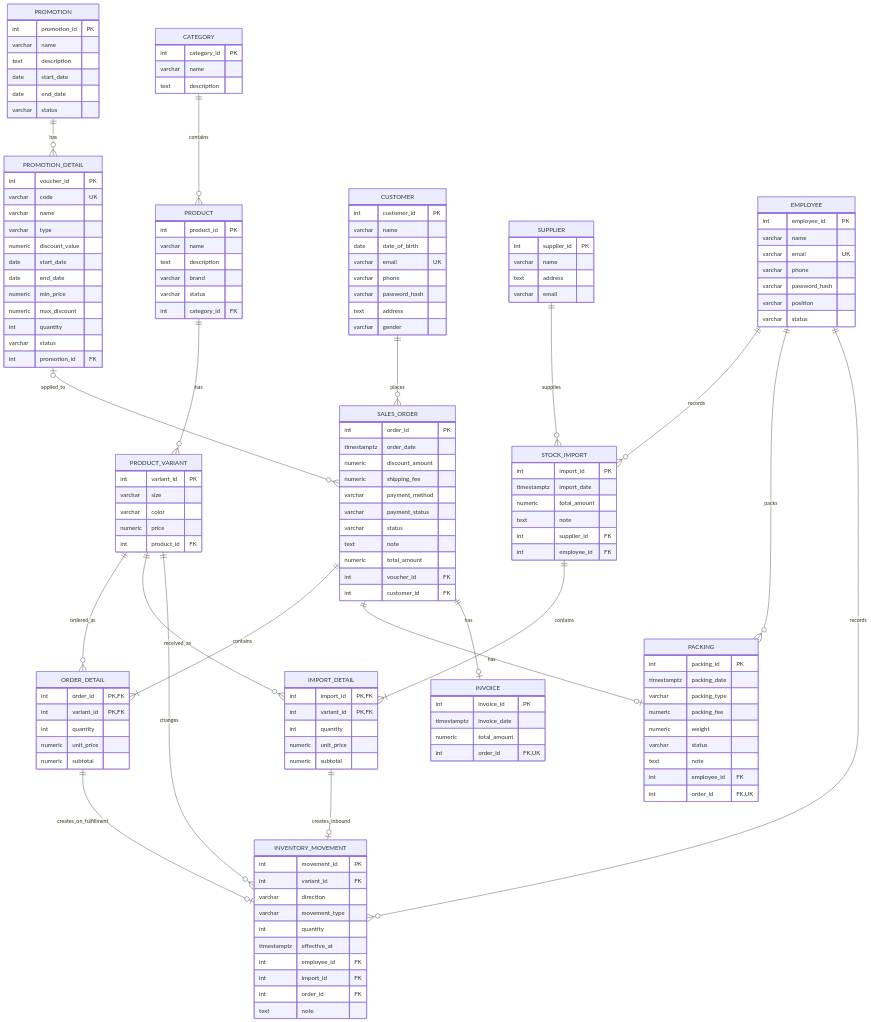
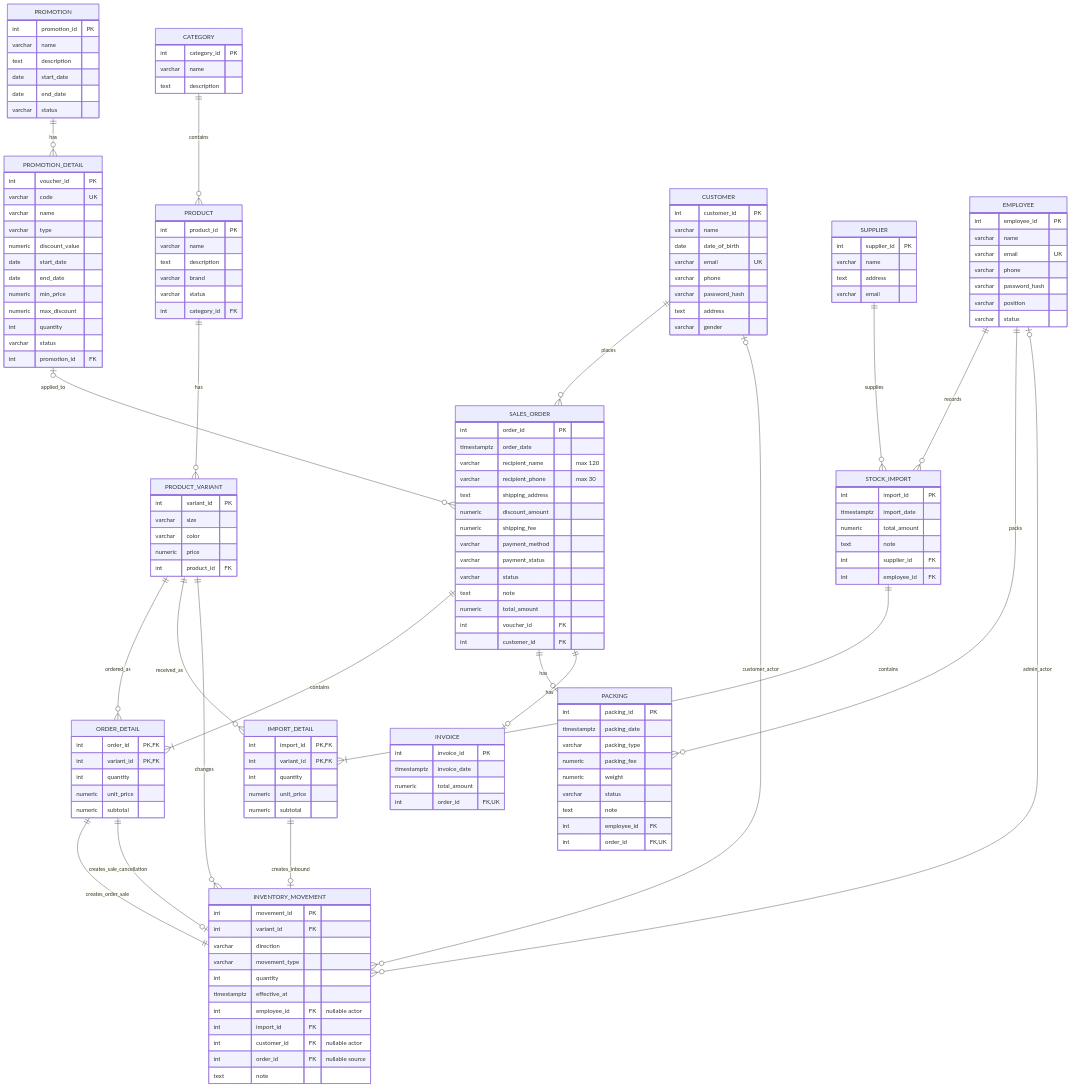
One commit to duygri/do-an-cnpm changed the diagram in docs/erd/sales-system-erd.md. Above: the diagram before and after it, drawn with Mermaid. The commit also changed other lines of this file and 2 other files, not shown here.

Commit message:
docs: synchronize customer order inventory docs

````diff
--- a/docs/erd/sales-system-erd.md
+++ b/docs/erd/sales-system-erd.md
@@ -59,6 +59,9 @@
     SALES_ORDER {
         int order_id PK
         timestamptz order_date
+        varchar recipient_name "max 120"
+        varchar recipient_phone "max 30"
+        text shipping_address
         numeric discount_amount
         numeric shipping_fee
         varchar payment_method
@@ -130,9 +133,10 @@
         varchar movement_type
         int quantity
         timestamptz effective_at
-        int employee_id FK
+        int employee_id FK "nullable actor"
         int import_id FK
-        int order_id FK
+        int customer_id FK "nullable actor"
+        int order_id FK "nullable source"
         text note
     }
 
@@ -151,7 +155,9 @@
     EMPLOYEE ||--o{ PACKING : packs
     SALES_ORDER ||--o| INVOICE : has
     PRODUCT_VARIANT ||--o{ INVENTORY_MOVEMENT : changes
-    EMPLOYEE ||--o{ INVENTORY_MOVEMENT : records
+    EMPLOYEE o|--o{ INVENTORY_MOVEMENT : admin_actor
+    CUSTOMER o|--o{ INVENTORY_MOVEMENT : customer_actor
     IMPORT_DETAIL ||--o| INVENTORY_MOVEMENT : creates_inbound
-    ORDER_DETAIL ||--o| INVENTORY_MOVEMENT : creates_on_fulfillment
+    ORDER_DETAIL ||--|| INVENTORY_MOVEMENT : creates_order_sale
+    ORDER_DETAIL ||--o| INVENTORY_MOVEMENT : creates_sale_cancellation
 ```
````
